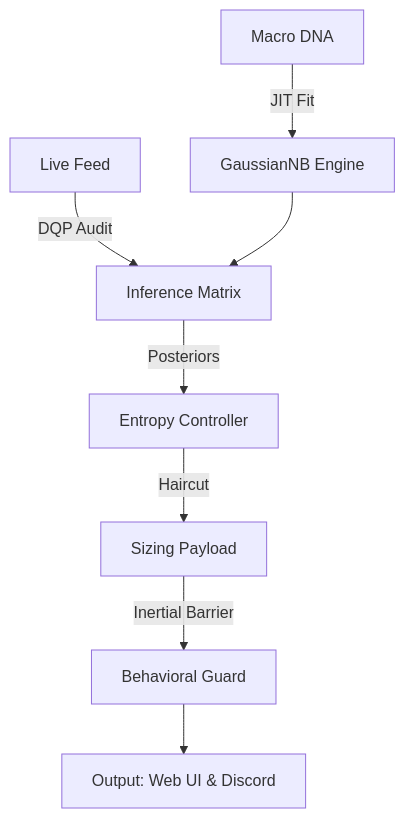
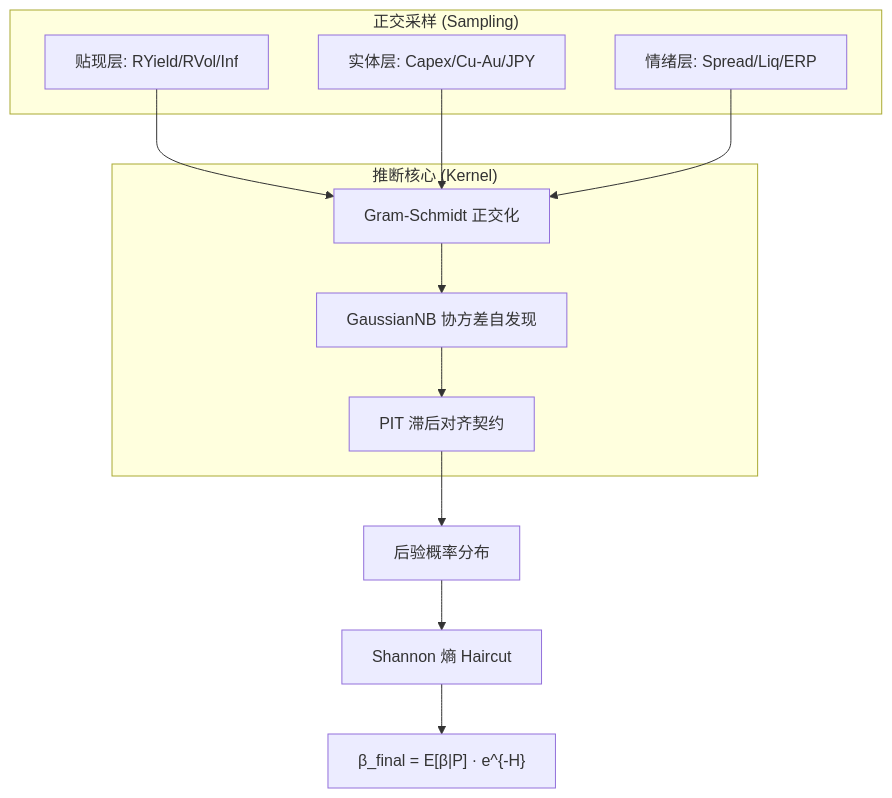
The diagram in README.md (yutaofr/qqq-buyer-monitor), drawn with Mermaid before and after one commit. The commit also changed other lines of this file and 125 other files, not shown here.

Commit message:
docs: reorganize documentation and align with v12.0 architecture

````diff
--- a/README.md
+++ b/README.md
@@ -52,10 +56,20 @@
 ```mermaid
 graph TD
-    A[Macro DNA] -->|JIT Fit| B[GaussianNB Engine]
-    C[Live Feed] -->|DQP Audit| D[Inference Matrix]
-    B --> D
-    D -->|Posteriors| E[Entropy Controller]
-    E -->|Haircut| F[Sizing Payload]
-    F -->|Inertial Barrier| G[Behavioral Guard]
-    G --> H[Output: Web UI & Discord]
+    subgraph "正交采样 (Sampling)"
+        D[贴现层: RYield/RVol/Inf]
+        E[实体层: Capex/Cu-Au/JPY]
+        S[情绪层: Spread/Liq/ERP]
+    end
+
+    subgraph "推断核心 (Kernel)"
+        GS[Gram-Schmidt 正交化]
+        GNB[GaussianNB 协方差自发现]
+        PIT[PIT 滞后对齐契约]
+    end
+
+    D & E & S --> GS --> GNB
+    GNB --> PIT --> POST[后验概率分布]
+    
+    POST --> ENT[Shannon 熵 Haircut]
+    ENT --> BETA["β_final = E[β|P] · e^{-H}"]
 ```
````
